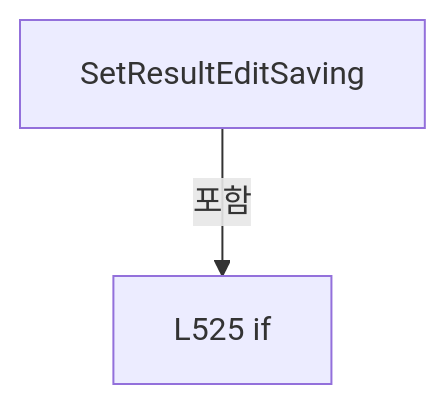
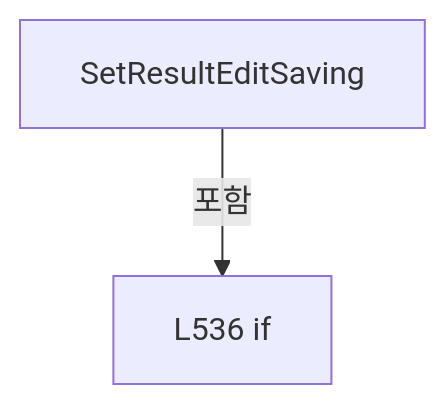
One commit to kjuws10-rgb/Shared changed diagram 18 of 24 in A3 LD Code Ref/files/Drilling.UI/Menu/Menus/CMenuCorrection.ReviewData.Edit.cs.md. Above: the diagram before and after it, drawn with Mermaid. The commit also changed other lines of this file and 2071 other files, not shown here.

Commit message:
docs(a3): update 11.19.0 architecture and code reference

````diff
--- a/A3 LD Code Ref/files/Drilling.UI/Menu/Menus/CMenuCorrection.ReviewData.Edit.cs.md
+++ b/A3 LD Code Ref/files/Drilling.UI/Menu/Menus/CMenuCorrection.ReviewData.Edit.cs.md
@@ -3166,6 +3262,6 @@
 ```mermaid
 flowchart TD
  M["SetResultEditSaving"]
- N0["L525 if"]
+ N0["L536 if"]
  M -->|포함| N0
 ```
````
